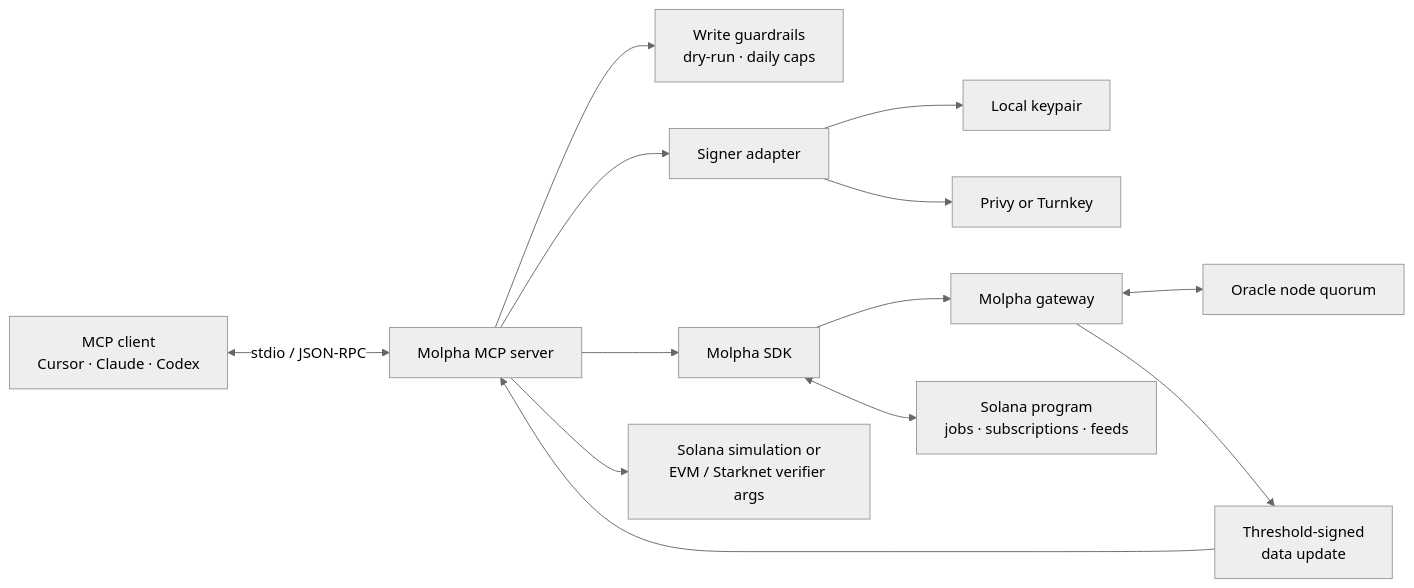
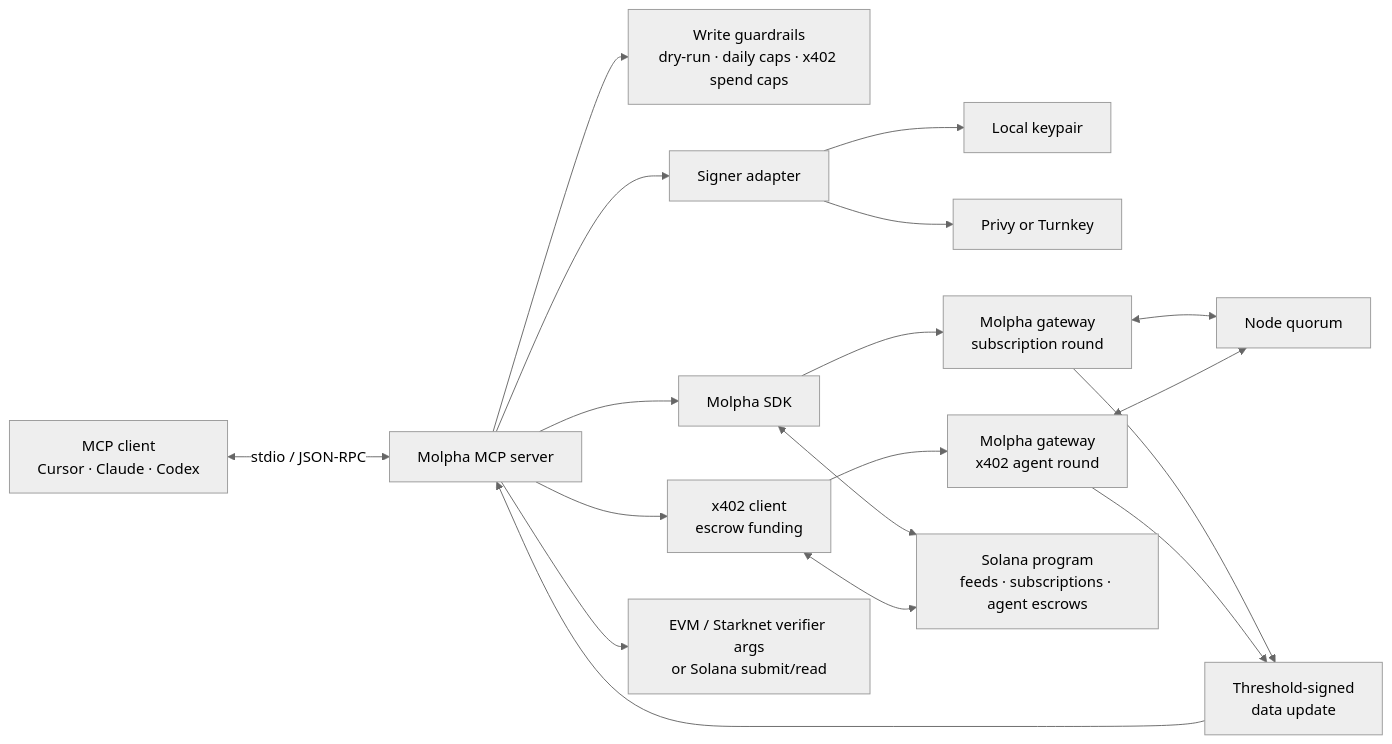
Before and after one commit to molpha/docs: the diagram in mcp/molpha-mcp.mdx, drawn with Mermaid (neutral theme). The commit also changed other lines of this file and 45 other files, not shown here.

````diff
--- a/mcp/molpha-mcp.mdx
+++ b/mcp/molpha-mcp.mdx
@@ -35,15 +48,20 @@
 ```mermaid
 flowchart LR
     Client["MCP client<br/>Cursor · Claude · Codex"] <-->|"stdio / JSON-RPC"| Server["Molpha MCP server"]
-    Server --> Guardrails["Write guardrails<br/>dry-run · daily caps"]
+    Server --> Guardrails["Write guardrails<br/>dry-run · daily caps · x402 spend caps"]
     Server --> Signer["Signer adapter"]
     Signer --> Local["Local keypair"]
     Signer --> Hosted["Privy or Turnkey"]
     Server --> SDK["Molpha SDK"]
-    SDK --> Gateway["Molpha gateway"]
-    Gateway <--> Nodes["Oracle node quorum"]
-    SDK <--> Solana["Solana program<br/>jobs · subscriptions · feeds"]
+    Server --> X402["x402 client<br/>escrow funding"]
+    SDK --> Gateway["Molpha gateway<br/>subscription round"]
+    X402 --> Gateway2["Molpha gateway<br/>x402 agent round"]
+    Gateway <--> Nodes["Node quorum"]
+    Gateway2 <--> Nodes
+    SDK <--> Solana["Solana program<br/>feeds · subscriptions · agent escrows"]
+    X402 <--> Solana
     Gateway --> Artifact["Threshold-signed<br/>data update"]
+    Gateway2 --> Artifact
     Artifact --> Server
-    Server --> Verify["Solana simulation or<br/>EVM / Starknet verifier args"]
+    Server --> Verify["EVM / Starknet verifier args<br/>or Solana submit/read"]
 ```
````
